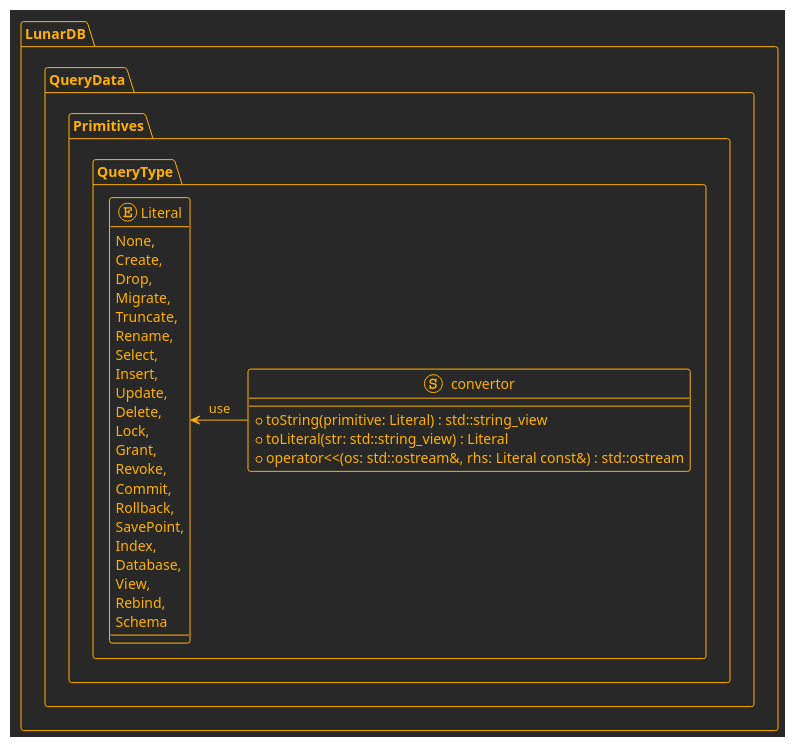
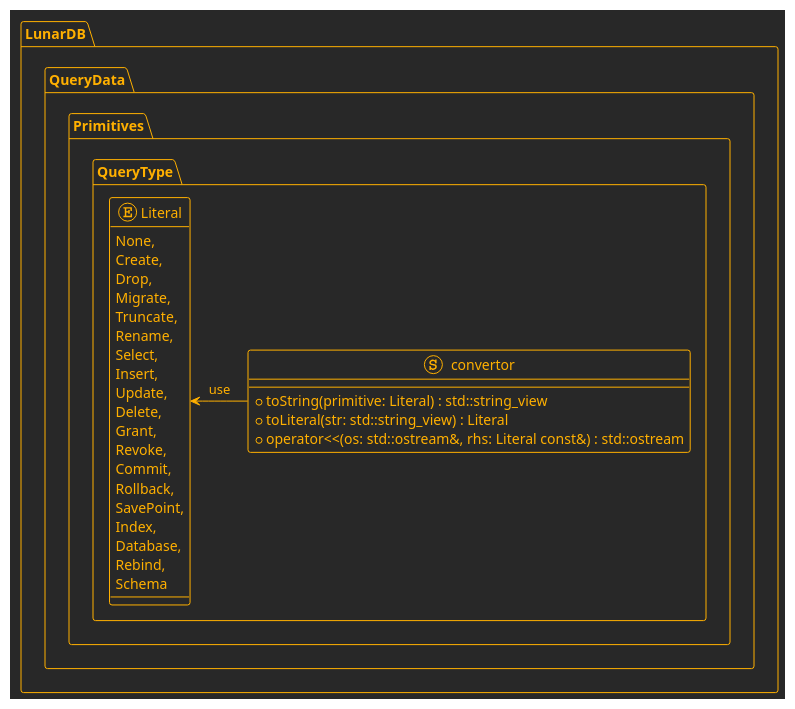
Before and after one commit to TheAncientOwl/lunardb: the diagram in src/Common/QueryData/docs/Primitives/QueryType.puml, drawn with PlantUML. The commit also changed 32 other files, not shown here.

Commit message:
remove Lock, View queries. TODO: Add User query

```diff
--- a/src/Common/QueryData/docs/Primitives/QueryType.puml
+++ b/src/Common/QueryData/docs/Primitives/QueryType.puml
@@ -1,43 +1,41 @@
 @startuml QueryType
 !theme crt-amber
 
 namespace LunarDB.QueryData.Primitives {
 
 namespace QueryType {
 
 enum Literal {
     None,
     Create,
     Drop,
     Migrate,
     Truncate,
     Rename,
     Select,
     Insert,
     Update,
     Delete,
-    Lock,
     Grant,
     Revoke,
     Commit,
     Rollback,
     SavePoint,
     Index,
     Database,
-    View,
     Rebind,
     Schema
 }
 
 stereotype convertor {
     + toString(primitive: Literal) : std::string_view
     + toLiteral(str: std::string_view) : Literal
     + operator<<(os: std::ostream&, rhs: Literal const&) : std::ostream
 }
 
 Literal <- convertor : use
 
 }
 
 }
 @enduml
```
